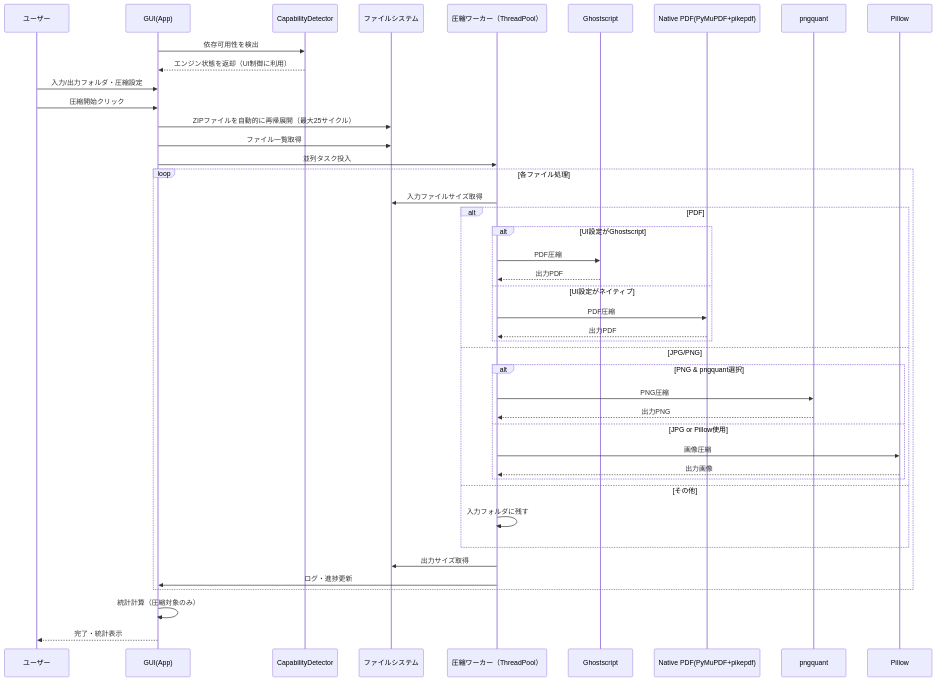
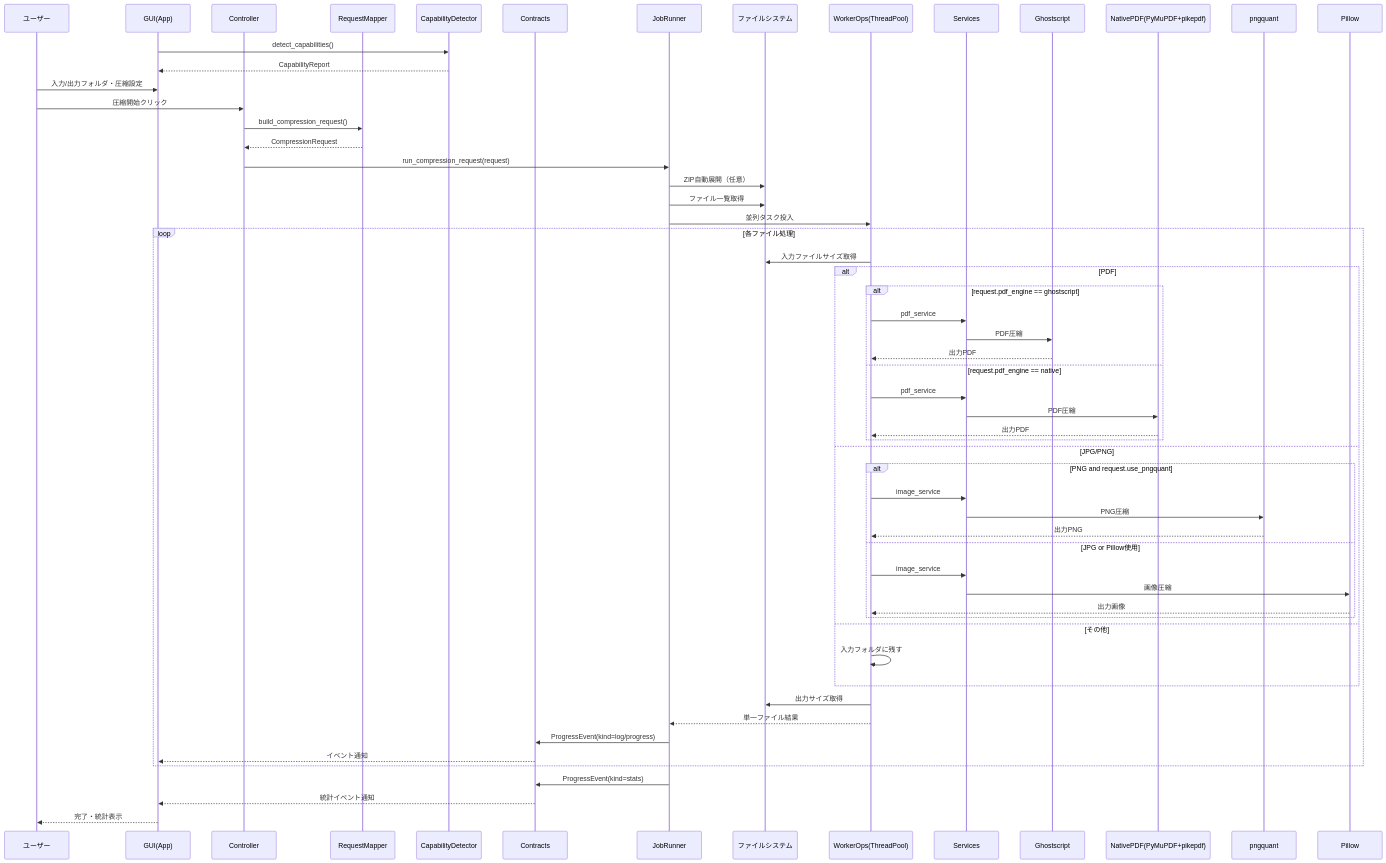
One commit to sho-kawasaki-dd/pjp_compressor_v2 changed the second of 3 diagrams in Documentation/flow_sequence_and_class_diagrams.md. Above: the diagram before and after it, drawn with Mermaid. The commit also changed other lines of this file and 5 other files, not shown here.

````diff
--- a/Documentation/flow_sequence_and_class_diagrams.md
+++ b/Documentation/flow_sequence_and_class_diagrams.md
@@ -36,50 +46,65 @@
 ```mermaid
 sequenceDiagram
     participant User as ユーザー
-    participant GUI as GUI(App)
+    participant App as GUI(App)
+    participant Ctrl as Controller
+    participant Mapper as RequestMapper
     participant Cap as CapabilityDetector
+    participant Ctr as Contracts
+    participant Runner as JobRunner
     participant FS as ファイルシステム
-    participant Worker as 圧縮ワーカー（ThreadPool）
+    participant Worker as WorkerOps(ThreadPool)
+    participant Svc as Services
     participant GS as Ghostscript
-    participant Native as Native PDF(PyMuPDF+pikepdf)
+    participant Native as NativePDF(PyMuPDF+pikepdf)
     participant PNGQ as pngquant
     participant PIL as Pillow
 
-    GUI->>Cap: 依存可用性を検出
-    Cap-->>GUI: エンジン状態を返却（UI制御に利用）
-    User->>GUI: 入力/出力フォルダ・圧縮設定
-    User->>GUI: 圧縮開始クリック
-    GUI->>FS: ZIPファイルを自動的に再帰展開（最大25サイクル）
-    GUI->>FS: ファイル一覧取得
-    GUI->>Worker: 並列タスク投入
+    App->>Cap: detect_capabilities()
+    Cap-->>App: CapabilityReport
+    User->>App: 入力/出力フォルダ・圧縮設定
+    User->>Ctrl: 圧縮開始クリック
+    Ctrl->>Mapper: build_compression_request()
+    Mapper-->>Ctrl: CompressionRequest
+    Ctrl->>Runner: run_compression_request(request)
+    Runner->>FS: ZIP自動展開（任意）
+    Runner->>FS: ファイル一覧取得
+    Runner->>Worker: 並列タスク投入
 
     loop 各ファイル処理
         Worker->>FS: 入力ファイルサイズ取得
 
         alt PDF
-            alt UI設定がGhostscript
-                Worker->>GS: PDF圧縮
+            alt request.pdf_engine == ghostscript
+                Worker->>Svc: pdf_service
+                Svc->>GS: PDF圧縮
                 GS-->>Worker: 出力PDF
-            else UI設定がネイティブ
-                Worker->>Native: PDF圧縮
+            else request.pdf_engine == native
+                Worker->>Svc: pdf_service
+                Svc->>Native: PDF圧縮
                 Native-->>Worker: 出力PDF
             end
         else JPG/PNG
-            alt PNG & pngquant選択
-                Worker->>PNGQ: PNG圧縮
+            alt PNG and request.use_pngquant
+                Worker->>Svc: image_service
+                Svc->>PNGQ: PNG圧縮
                 PNGQ-->>Worker: 出力PNG
             else JPG or Pillow使用
-                Worker->>PIL: 画像圧縮
+                Worker->>Svc: image_service
+                Svc->>PIL: 画像圧縮
                 PIL-->>Worker: 出力画像
             end
         else その他
             Worker->>Worker: 入力フォルダに残す
         end
 
         Worker->>FS: 出力サイズ取得
-        Worker->>GUI: ログ・進捗更新
+        Worker-->>Runner: 単一ファイル結果
+        Runner->>Ctr: ProgressEvent(kind=log/progress)
+        Ctr-->>App: イベント通知
     end
 
-    GUI->>GUI: 統計計算（圧縮対象のみ）
-    GUI-->>User: 完了・統計表示
+    Runner->>Ctr: ProgressEvent(kind=stats)
+    Ctr-->>App: 統計イベント通知
+    App-->>User: 完了・統計表示
 ```
````
